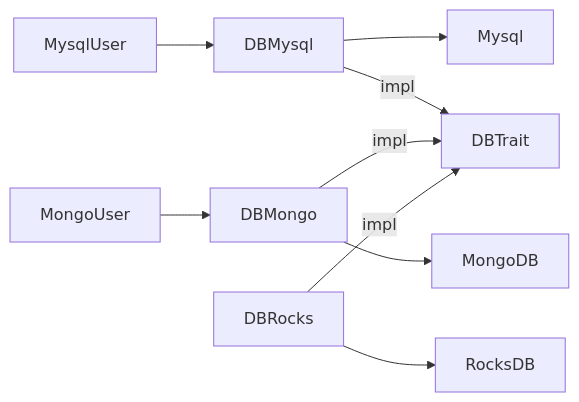
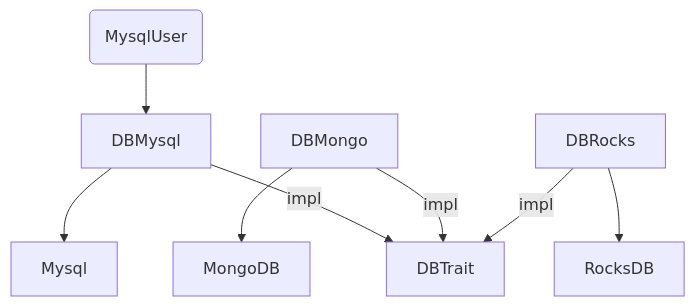
One commit to rust-lang/rfcs changed the second of 12 diagrams in text/0000-extern-impl.md. Above: the diagram before and after it, drawn with Mermaid. The commit also changed other lines of this file, not shown here.

````diff
--- a/text/0000-extern-impl.md
+++ b/text/0000-extern-impl.md
@@ -59,11 +72,8 @@
 ```mermaid
-graph LR
-MysqlUser --> DBMysql
-MongoUser --> DBMongo
+graph TB
+Bin(MysqlUser) --> DBMysql
+DBMysql & DBMongo & DBRocks -->|impl| DBTrait
 DBMysql --> Mysql
-DBMysql -->|impl| DBTrait
 DBMongo --> MongoDB
-DBMongo -->|impl| DBTrait
 DBRocks --> RocksDB
-DBRocks -->|impl| DBTrait
 ```
````
